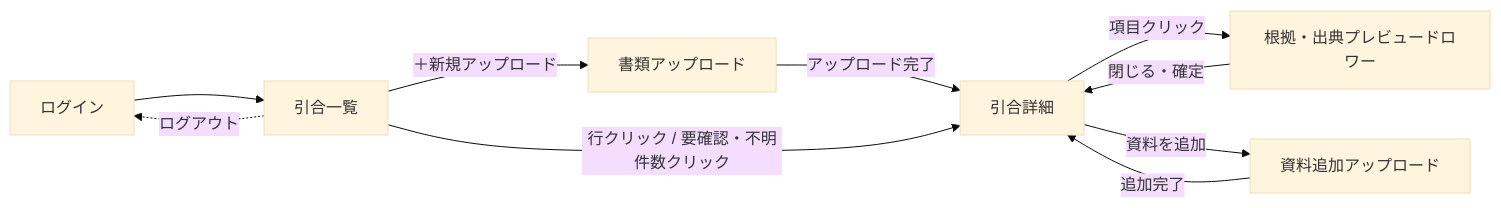
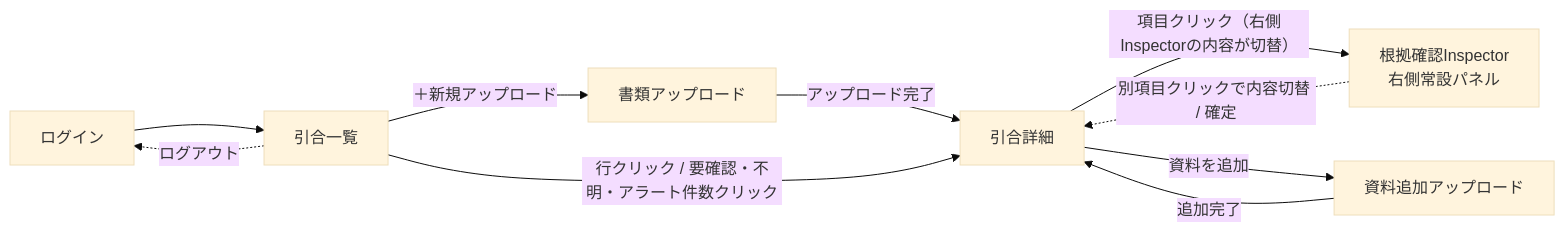
The diagram in docs/requirements/03-spec.md (yama3n/sprint3-agent), drawn with Mermaid (base theme) before and after one commit. The commit also changed other lines of this file and 1 other file, not shown here.

````diff
--- a/docs/requirements/03-spec.md
+++ b/docs/requirements/03-spec.md
@@ -23,12 +29,12 @@
 ```mermaid
 flowchart LR
     SCR-00[ログイン] --> SCR-01[引合一覧]
     SCR-01 -->|＋新規アップロード| SCR-02[書類アップロード]
     SCR-02 -->|アップロード完了| SCR-03[引合詳細]
-    SCR-01 -->|行クリック / 要確認・不明件数クリック| SCR-03
-    SCR-03 -->|項目クリック| SCR-04[根拠・出典プレビュードロワー]
-    SCR-04 -->|閉じる・確定| SCR-03
+    SCR-01 -->|行クリック / 要確認・不明・アラート件数クリック| SCR-03
+    SCR-03 -->|項目クリック（右側Inspectorの内容が切替）| SCR-04[根拠確認Inspector<br>右側常設パネル]
+    SCR-04 -.->|別項目クリックで内容切替 / 確定| SCR-03
     SCR-03 -->|資料を追加| SCR-05[資料追加アップロード]
     SCR-05 -->|追加完了| SCR-03
     SCR-01 -.->|ログアウト| SCR-00
 ```
````
